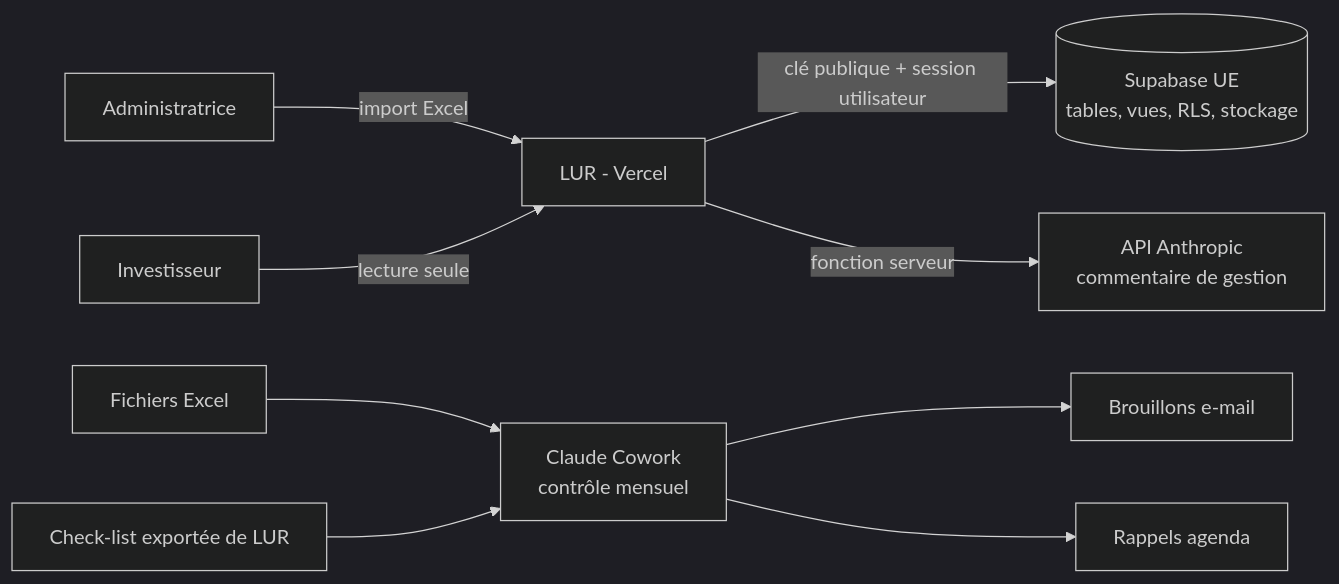
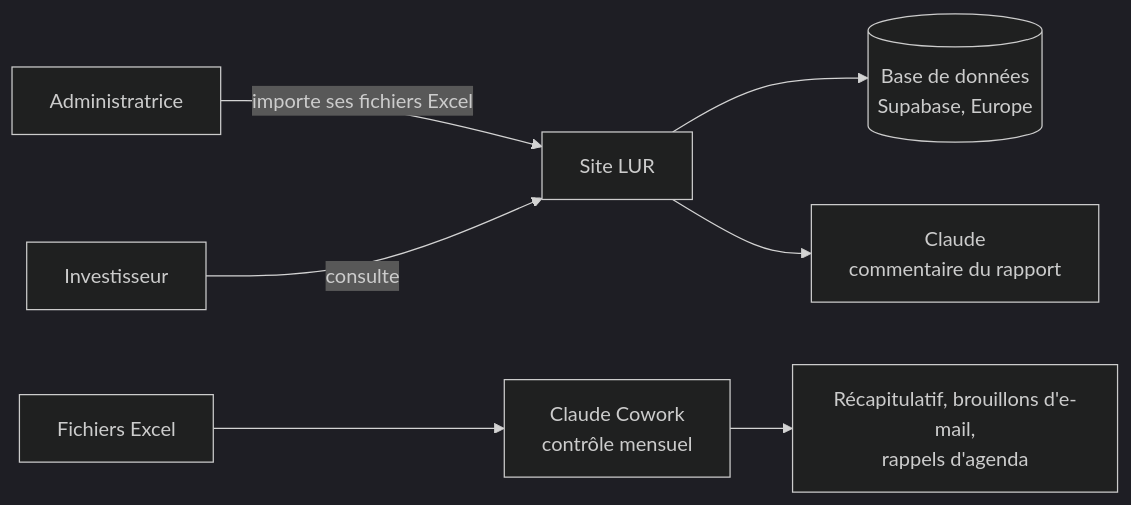
Before and after one commit to CeliaPrz/gallery-of-moments: the diagram in README.md, drawn with Mermaid (dark theme). The commit also changed other lines of this file, not shown here.

````diff
--- a/README.md
+++ b/README.md
@@ -47,11 +44,9 @@
 ```mermaid
 flowchart LR
-  A[Administratrice] -->|import Excel| L[LUR - Vercel]
-  I[Investisseur] -->|lecture seule| L
-  L -->|clé publique + session utilisateur| S[(Supabase UE<br/>tables, vues, RLS, stockage)]
-  L -->|fonction serveur| C[API Anthropic<br/>commentaire de gestion]
+  A[Administratrice] -->|importe ses fichiers Excel| L[Site LUR]
+  I[Investisseur] -->|consulte| L
+  L --> S[(Base de données<br/>Supabase, Europe)]
+  L --> C[Claude<br/>commentaire du rapport]
   X[Fichiers Excel] --> W[Claude Cowork<br/>contrôle mensuel]
-  E[Check-list exportée de LUR] --> W
-  W --> M[Brouillons e-mail]
-  W --> G[Rappels agenda]
+  W --> M[Récapitulatif, brouillons d'e-mail,<br/>rappels d'agenda]
 ```
````
